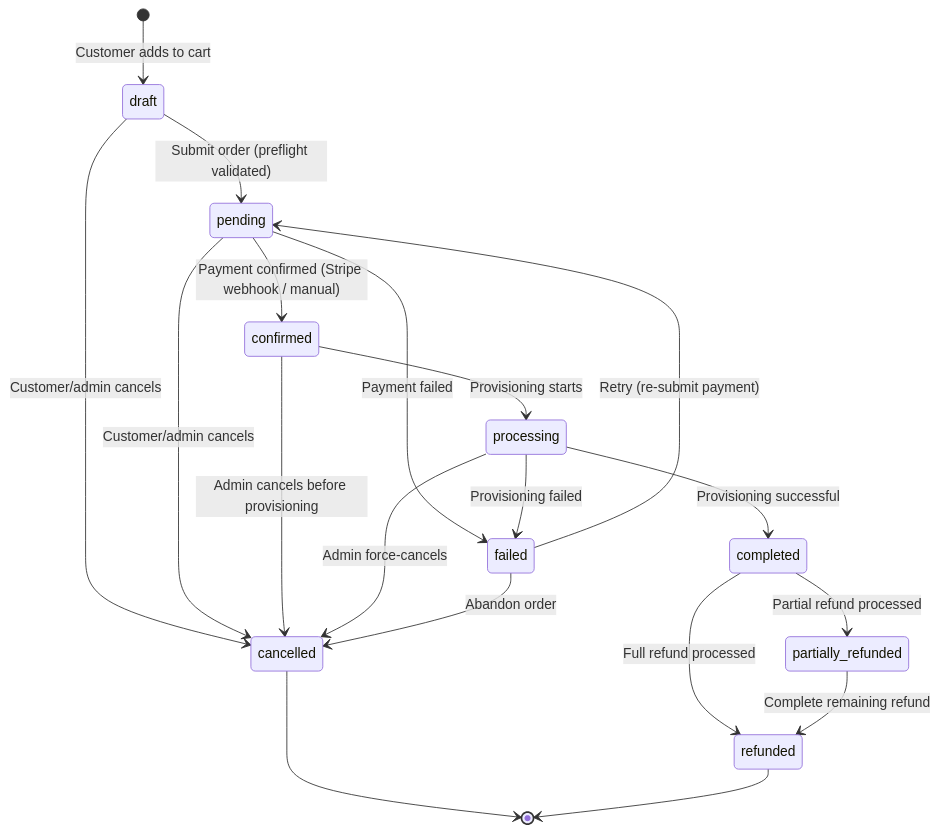
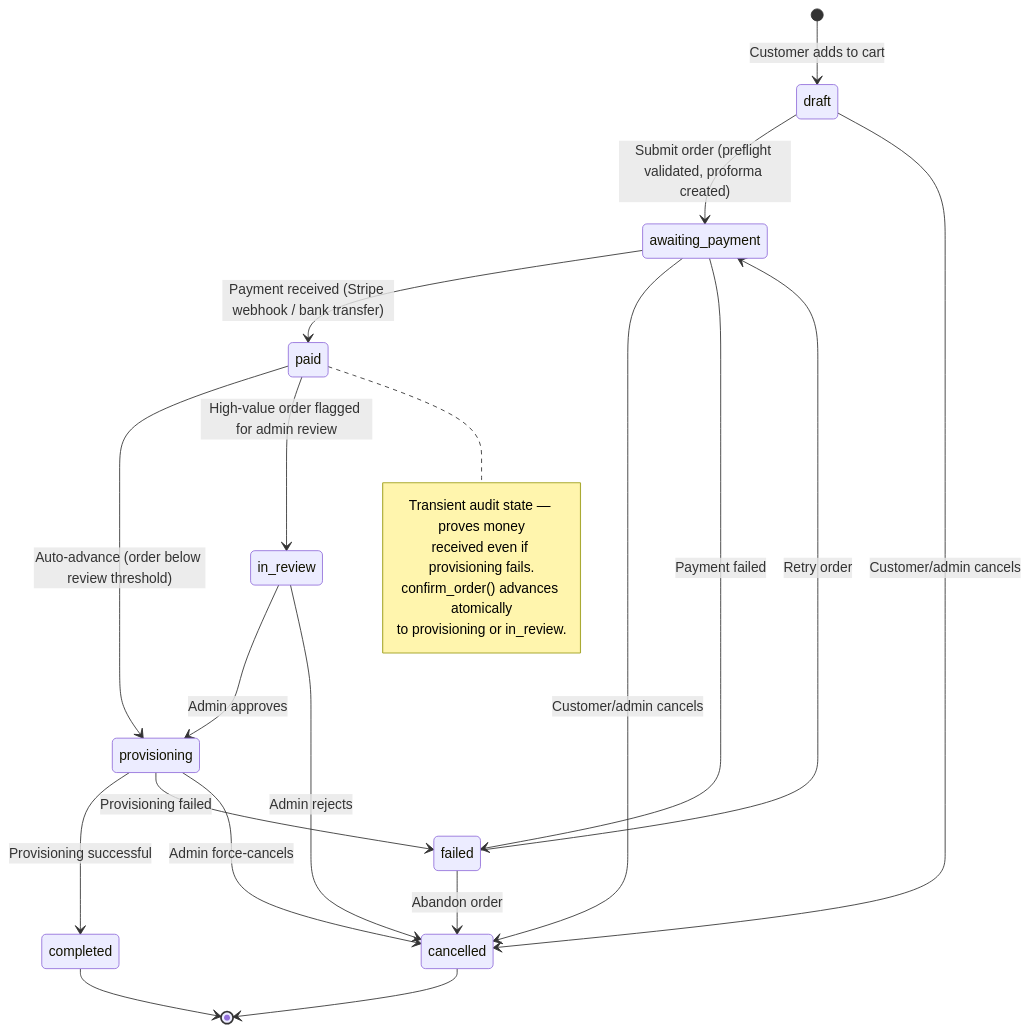
One commit to captainpragmatic/PRAHO changed the first of 3 diagrams in docs/domain/ORDER_LIFECYCLE.md. Above: the diagram before and after it, drawn with Mermaid. The commit also changed other lines of this file and 89 other files, not shown here.

First line of the commit message:
feat(orders,billing): Order-Proforma-Invoice lifecycle with EN16931 compliance (#138)

````diff
--- a/docs/domain/ORDER_LIFECYCLE.md
+++ b/docs/domain/ORDER_LIFECYCLE.md
@@ -11,29 +11,34 @@
 ```mermaid
 stateDiagram-v2
     [*] --> draft : Customer adds to cart
 
-    draft --> pending : Submit order (preflight validated)
+    draft --> awaiting_payment : Submit order (preflight validated, proforma created)
     draft --> cancelled : Customer/admin cancels
 
-    pending --> confirmed : Payment confirmed (Stripe webhook / manual)
-    pending --> cancelled : Customer/admin cancels
-    pending --> failed : Payment failed
+    awaiting_payment --> paid : Payment received (Stripe webhook / bank transfer)
+    awaiting_payment --> cancelled : Customer/admin cancels
+    awaiting_payment --> failed : Payment failed
 
-    confirmed --> processing : Provisioning starts
-    confirmed --> cancelled : Admin cancels before provisioning
+    paid --> provisioning : Auto-advance (order below review threshold)
+    paid --> in_review : High-value order flagged for admin review
 
-    processing --> completed : Provisioning successful
-    processing --> failed : Provisioning failed
-    processing --> cancelled : Admin force-cancels
+    note right of paid
+        Transient audit state — proves money
+        received even if provisioning fails.
+        confirm_order() advances atomically
+        to provisioning or in_review.
+    end note
 
-    completed --> refunded : Full refund processed
-    completed --> partially_refunded : Partial refund processed
+    in_review --> provisioning : Admin approves
+    in_review --> cancelled : Admin rejects
 
-    failed --> pending : Retry (re-submit payment)
+    provisioning --> completed : Provisioning successful
+    provisioning --> failed : Provisioning failed
+    provisioning --> cancelled : Admin force-cancels
+
+    failed --> awaiting_payment : Retry order
     failed --> cancelled : Abandon order
 
-    partially_refunded --> refunded : Complete remaining refund
-
     cancelled --> [*]
-    refunded --> [*]
+    completed --> [*]
 ```
````
